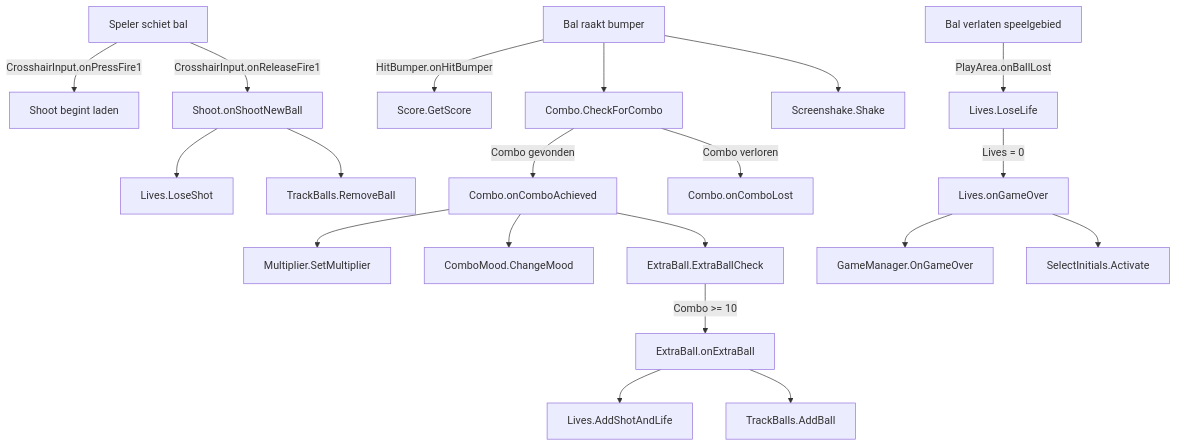
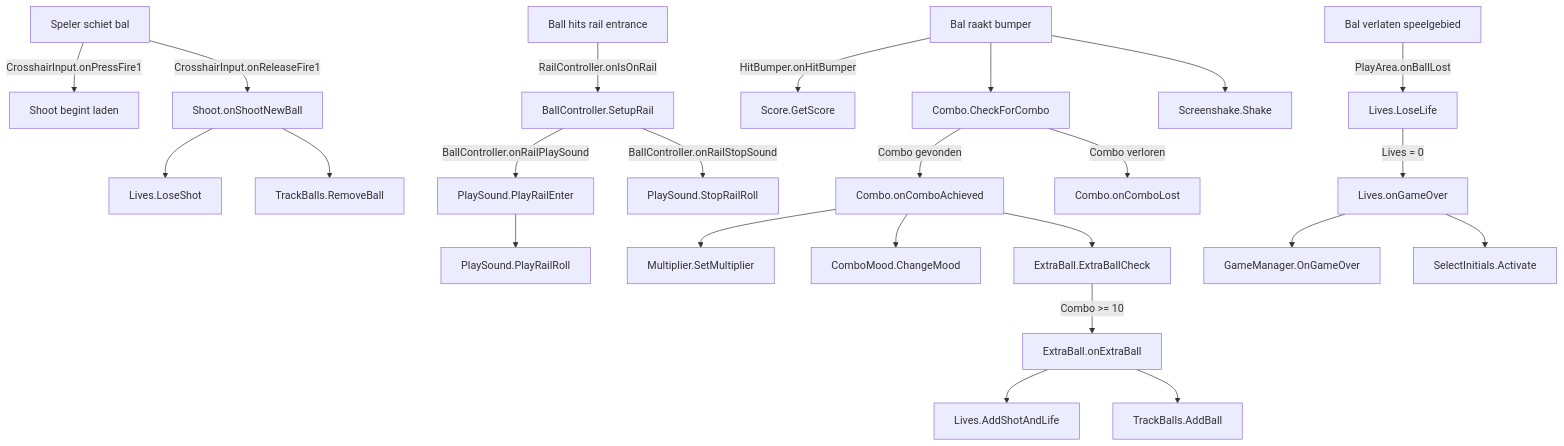
One commit to erwinhenraat/Gelactic_Ricochet changed the second of 2 diagrams in DOCS/TechnicalDesign.md. Above: the diagram before and after it, drawn with Mermaid. The commit also changed other lines of this file, not shown here.

First line of the commit message:
Rail Events

````diff
--- a/DOCS/TechnicalDesign.md
+++ b/DOCS/TechnicalDesign.md
@@ -457,29 +474,34 @@
 ```mermaid
 graph TD
     A[Speler schiet bal] -->|CrosshairInput.onPressFire1| B[Shoot begint laden]
     A -->|CrosshairInput.onReleaseFire1| C[Shoot.onShootNewBall]
 
     C --> D[Lives.LoseShot]
     C --> E[TrackBalls.RemoveBall]
 
     F[Bal raakt bumper] -->|HitBumper.onHitBumper| G[Score.GetScore]
     F --> H[Combo.CheckForCombo]
     F --> I[Screenshake.Shake]
 
     H -->|Combo gevonden| J[Combo.onComboAchieved]
     H -->|Combo verloren| K[Combo.onComboLost]
 
     J --> L[Multiplier.SetMultiplier]
     J --> M[ComboMood.ChangeMood]
     J --> N[ExtraBall.ExtraBallCheck]
 
     N -->|Combo >= 10| O[ExtraBall.onExtraBall]
     O --> P[Lives.AddShotAndLife]
     O --> Q[TrackBalls.AddBall]
 
     R[Bal verlaten speelgebied] -->|PlayArea.onBallLost| S[Lives.LoseLife]
     S -->|Lives = 0| T[Lives.onGameOver]
 
     T --> U[GameManager.OnGameOver]
     T --> V[SelectInitials.Activate]
+
+    Z[Ball hits rail entrance] --> |RailController.onIsOnRail| Y[BallController.SetupRail]
+    Y -->  |BallController.onRailPlaySound| X[PlaySound.PlayRailEnter]
+    X --> W[PlaySound.PlayRailRoll]
+    Y -->  |BallController.onRailStopSound| 1[PlaySound.StopRailRoll]
 ```
````
